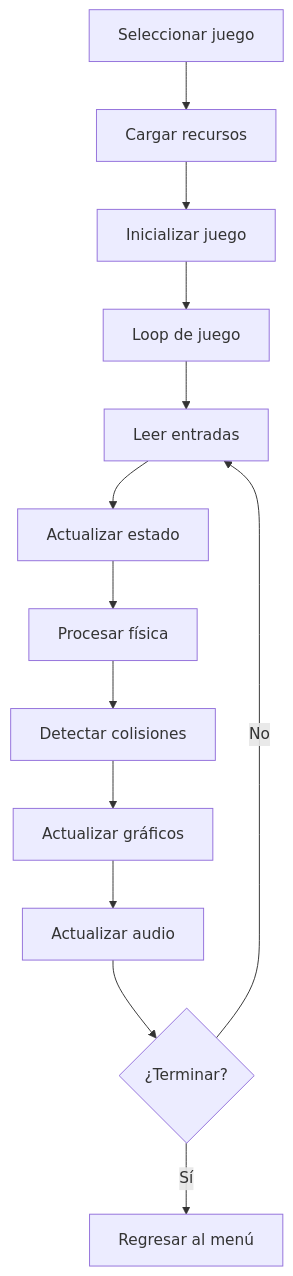
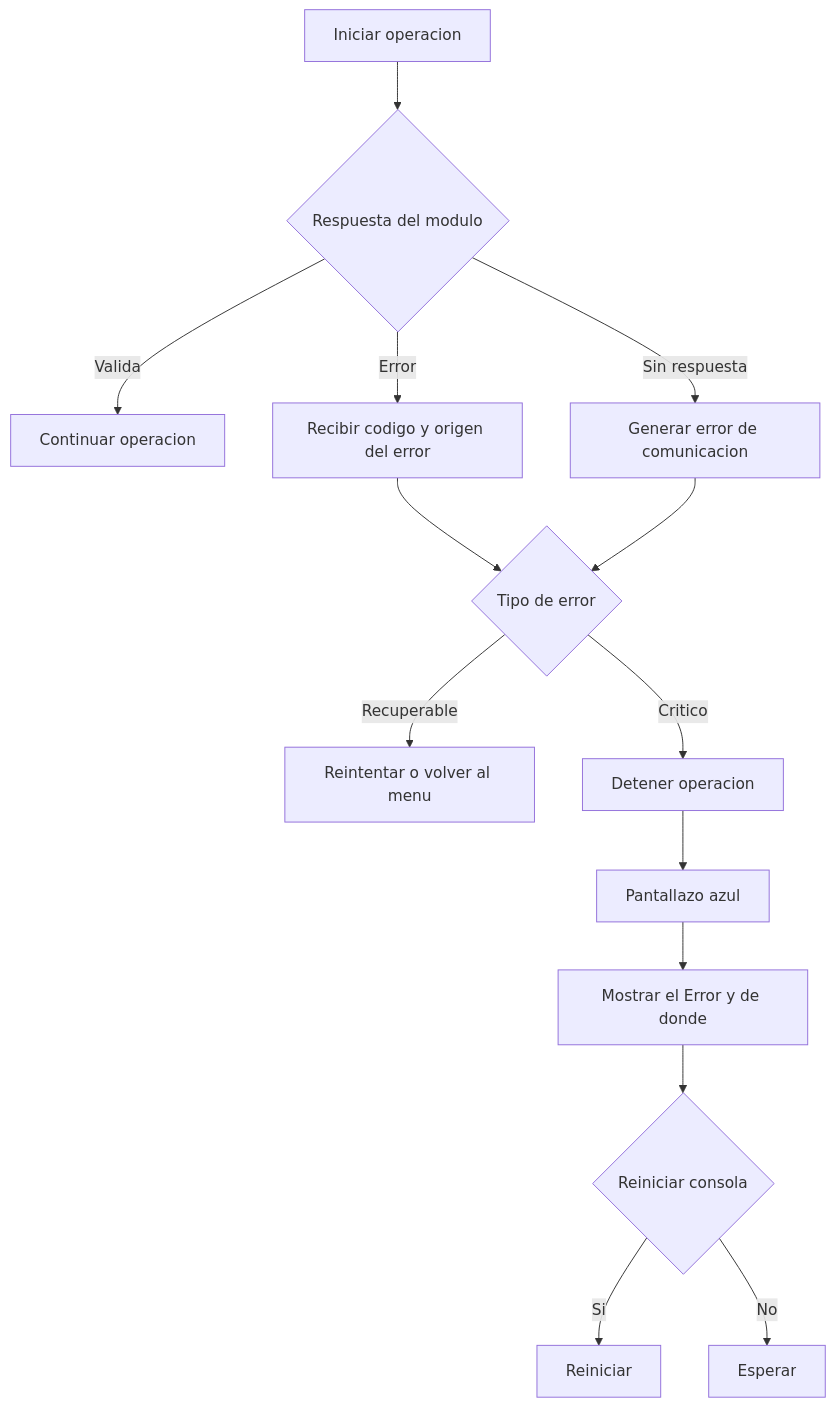
The fourth of 4 diagrams in Readme.md (JavierGONL/Electroinca_Digital_1_hmwrk_1), drawn with Mermaid before and after one commit. The commit also changed other lines of this file, not shown here.

````diff
--- a/Readme.md
+++ b/Readme.md
@@ -113,18 +114,16 @@
 ```mermaid
 flowchart TD
-    A[Seleccionar juego] --> B[Cargar recursos]
-    B --> C[Inicializar juego]
-    C --> D[Loop de juego ]
-
-    D --> E[Leer entradas]
-    E --> F[Actualizar estado]
-    F --> G[Procesar física]
-    G --> H[Detectar colisiones]
-    H --> I[Actualizar gráficos]
-    I --> J[Actualizar audio]
-
-    J --> K{¿Terminar?}
-
-    K -->|No| E
-    K -->|Sí| L[Regresar al menú]
+    A[Iniciar operacion] --> B{Respuesta del modulo}
+    B -->|Valida| C[Continuar operacion]
+    B -->|Error| D[Recibir codigo y origen del error]
+    B -->|Sin respuesta| E[Generar error de comunicacion]
+    D --> F{Tipo de error}
+    E --> F
+    F -->|Recuperable| G[Reintentar o volver al menu]
+    F -->|Critico| H[Detener operacion]
+    H --> J[Pantallazo azul]
+    J --> K[Mostrar el Error y de donde]
+    K --> L{Reiniciar consola}
+    L -->|Si| M[Reiniciar]
+    L -->|No| N[Esperar]
 ```
````
